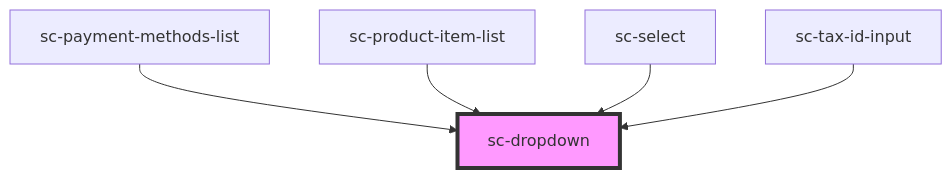
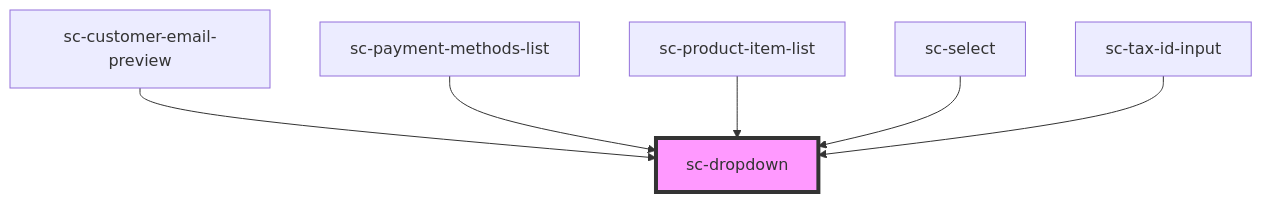
One commit to surecart/surecart-wp-plugin changed the diagram in packages/components/src/components/ui/dropdown/readme.md. Above: the diagram before and after it, drawn with Mermaid. The commit also changed other lines of this file and 22 other files, not shown here.

````diff
--- a/packages/components/src/components/ui/dropdown/readme.md
+++ b/packages/components/src/components/ui/dropdown/readme.md
@@ -48,8 +49,9 @@
 ```mermaid
 graph TD;
+  sc-customer-email-preview --> sc-dropdown
   sc-payment-methods-list --> sc-dropdown
   sc-product-item-list --> sc-dropdown
   sc-select --> sc-dropdown
   sc-tax-id-input --> sc-dropdown
   style sc-dropdown fill:#f9f,stroke:#333,stroke-width:4px
 ```
````
